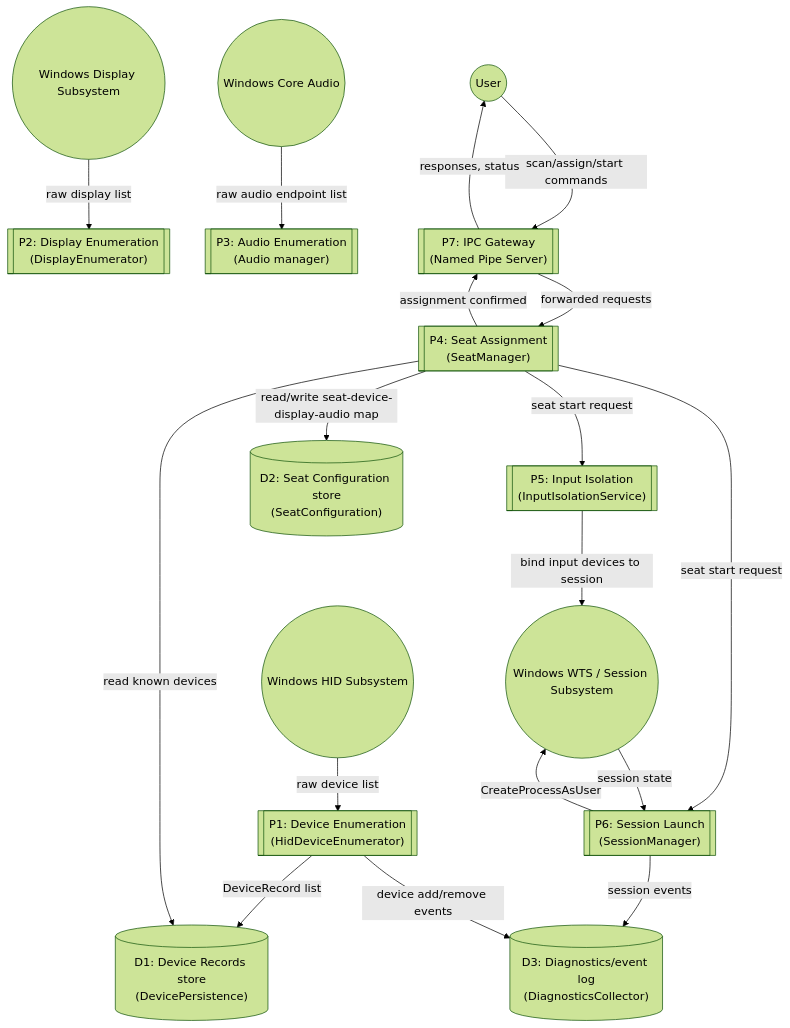
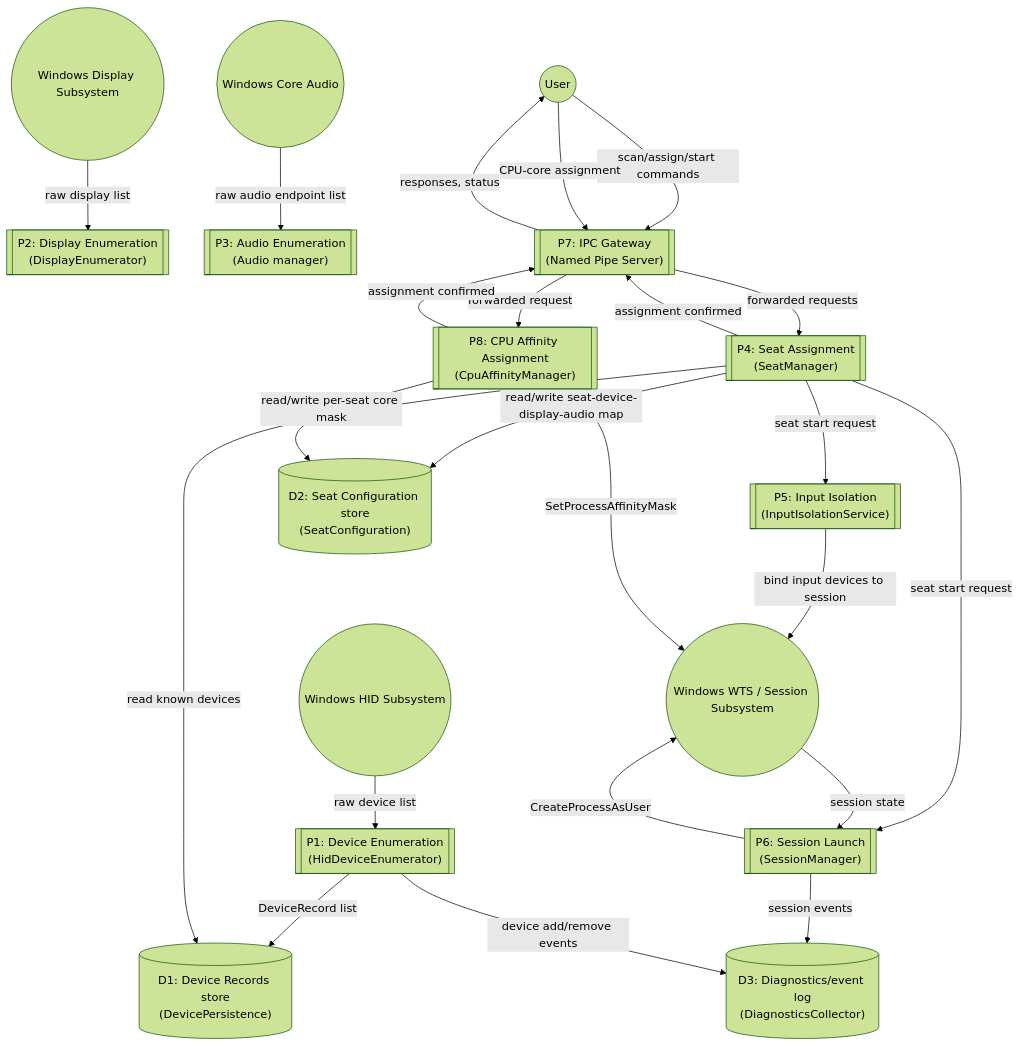
One commit to RKY2023/OpenMultiSeat changed the second of 2 diagrams in docs/diagrams/dfd.md. Above: the diagram before and after it, drawn with Mermaid (forest theme). The commit also changed 11 other files, not shown here.

````diff
--- a/docs/diagrams/dfd.md
+++ b/docs/diagrams/dfd.md
@@ -21,40 +21,47 @@
 ```mermaid
 flowchart TD
     User(("User"))
     HID(("Windows HID Subsystem"))
     DISP(("Windows Display Subsystem"))
     AUD(("Windows Core Audio"))
     WTS(("Windows WTS / Session Subsystem"))
 
     P1[["P1: Device Enumeration<br/>(HidDeviceEnumerator)"]]
     P2[["P2: Display Enumeration<br/>(DisplayEnumerator)"]]
     P3[["P3: Audio Enumeration<br/>(Audio manager)"]]
     P4[["P4: Seat Assignment<br/>(SeatManager)"]]
     P5[["P5: Input Isolation<br/>(InputIsolationService)"]]
     P6[["P6: Session Launch<br/>(SessionManager)"]]
     P7[["P7: IPC Gateway<br/>(Named Pipe Server)"]]
+    P8[["P8: CPU Affinity Assignment<br/>(CpuAffinityManager)"]]
 
     DS1[("D1: Device Records store<br/>(DevicePersistence)")]
     DS2[("D2: Seat Configuration store<br/>(SeatConfiguration)")]
     DS3[("D3: Diagnostics/event log<br/>(DiagnosticsCollector)")]
 
     HID -->|raw device list| P1
     P1 -->|DeviceRecord list| DS1
     DISP -->|raw display list| P2
     AUD -->|raw audio endpoint list| P3
 
     User -->|scan/assign/start commands| P7
     P7 -->|forwarded requests| P4
     P4 -->|read known devices| DS1
     P4 -->|read/write seat-device-display-audio map| DS2
     P4 -->|assignment confirmed| P7
     P7 -->|responses, status| User
 
     P4 -->|seat start request| P5
     P4 -->|seat start request| P6
     P5 -->|bind input devices to session| WTS
     P6 -->|CreateProcessAsUser| WTS
     WTS -->|session state| P6
     P6 -->|session events| DS3
     P1 -->|device add/remove events| DS3
+
+    User -->|CPU-core assignment| P7
+    P7 -->|forwarded request| P8
+    P8 -->|read/write per-seat core mask| DS2
+    P8 -->|SetProcessAffinityMask| WTS
+    P8 -->|assignment confirmed| P7
 ```
````
